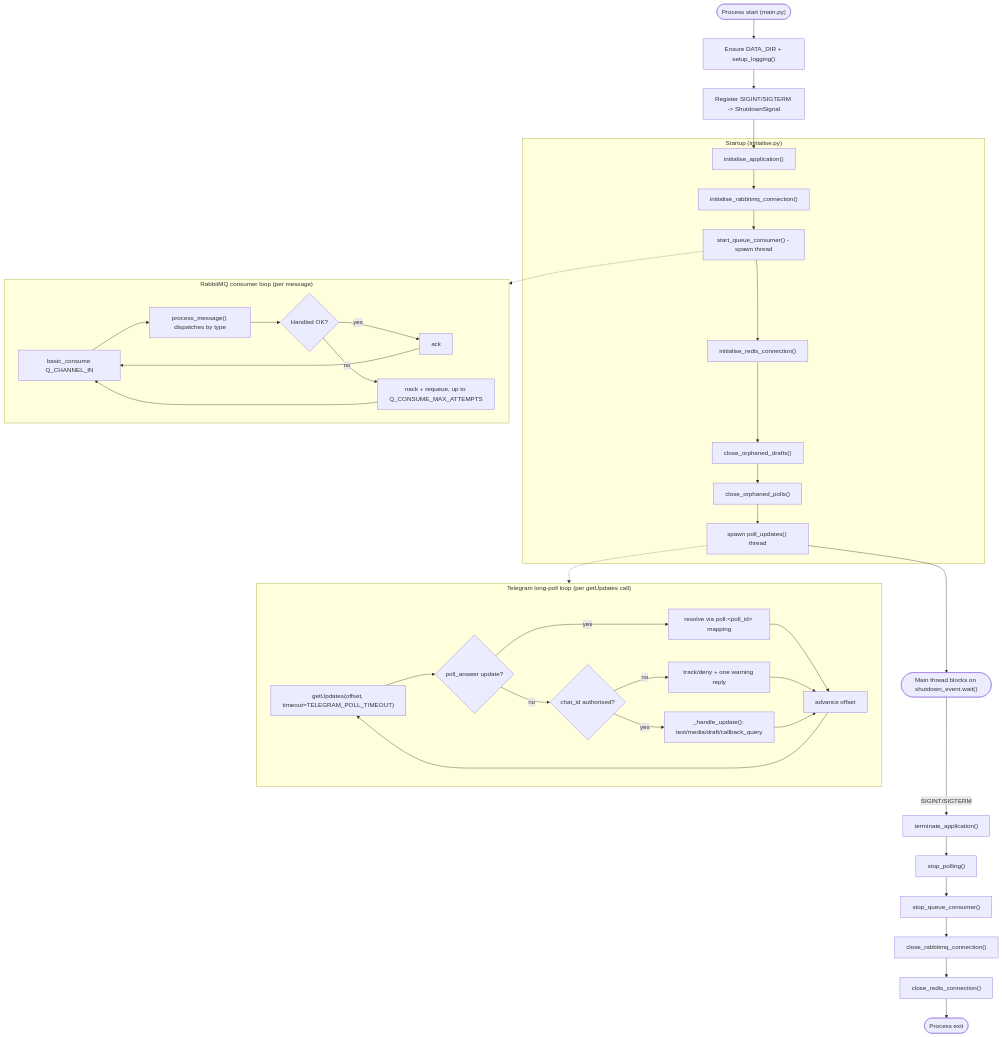
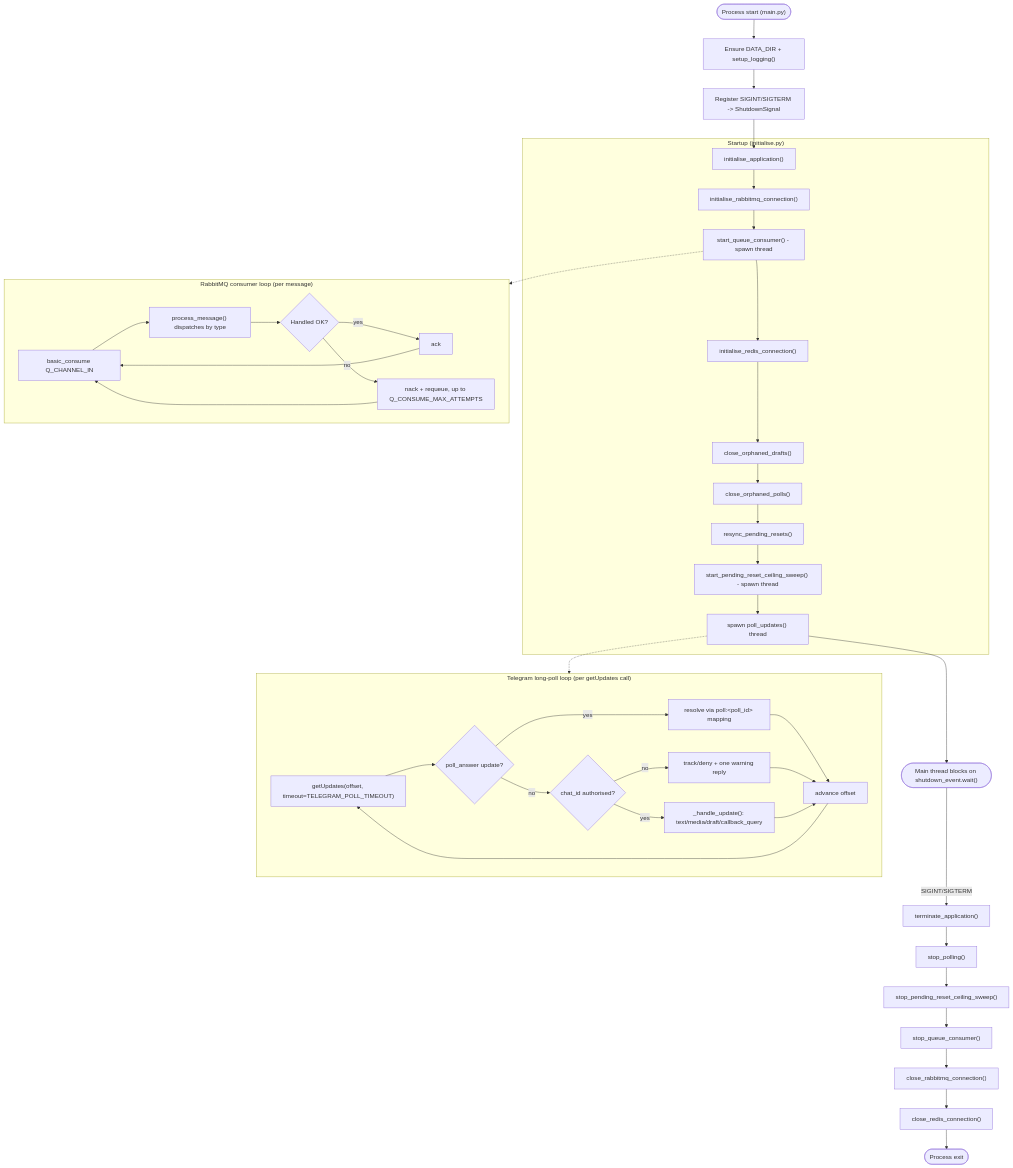
Before and after one commit to SorinoSSK/server-ai-chatbot-setup: the diagram in telegram_gateway/README.md, drawn with Mermaid. The commit also changed other lines of this file and 26 other files, not shown here.

````diff
--- a/telegram_gateway/README.md
+++ b/telegram_gateway/README.md
@@ -458,49 +515,52 @@
 ```mermaid
 flowchart TD
 
     Start(["Process start (main.py)"]) --> Setup["Ensure DATA_DIR + setup_logging()"]
     Setup --> Signals["Register SIGINT/SIGTERM -> ShutdownSignal"]
     Signals --> Init["initialise_application()"]
 
     subgraph INIT["Startup (initialise.py)"]
         Init --> RMQ["initialise_rabbitmq_connection()"]
         RMQ --> Consumer["start_queue_consumer() - spawn thread"]
         Consumer --> RedisInit["initialise_redis_connection()"]
         RedisInit --> Drafts["close_orphaned_drafts()"]
         Drafts --> Polls["close_orphaned_polls()"]
-        Polls --> LongPoll["spawn poll_updates() thread"]
+        Polls --> Resync["resync_pending_resets()"]
+        Resync --> Sweep["start_pending_reset_ceiling_sweep() - spawn thread"]
+        Sweep --> LongPoll["spawn poll_updates() thread"]
     end
 
     LongPoll --> Block(["Main thread blocks on shutdown_event.wait()"])
 
     Consumer -.-> QLoop
     LongPoll -.-> TLoop
 
     subgraph QLoop["RabbitMQ consumer loop (per message)"]
         Q1["basic_consume Q_CHANNEL_IN"] --> Q2["process_message() dispatches by type"]
         Q2 --> Q3{"Handled OK?"}
         Q3 -- yes --> Q4["ack"]
         Q3 -- no --> Q5["nack + requeue, up to Q_CONSUME_MAX_ATTEMPTS"]
         Q4 --> Q1
         Q5 --> Q1
     end
 
     subgraph TLoop["Telegram long-poll loop (per getUpdates call)"]
         T1["getUpdates(offset, timeout=TELEGRAM_POLL_TIMEOUT)"] --> T2{"poll_answer update?"}
         T2 -- yes --> T3["resolve via poll:&lt;poll_id&gt; mapping"]
         T2 -- no --> T4{"chat_id authorised?"}
         T4 -- no --> T5["track/deny + one warning reply"]
         T4 -- yes --> T6["_handle_update(): text/media/draft/callback_query"]
         T3 --> T7["advance offset"]
         T5 --> T7
         T6 --> T7
         T7 --> T1
     end
 
     Block -- "SIGINT/SIGTERM" --> Term["terminate_application()"]
     Term --> S1["stop_polling()"]
-    S1 --> S2["stop_queue_consumer()"]
+    S1 --> S1b["stop_pending_reset_ceiling_sweep()"]
+    S1b --> S2["stop_queue_consumer()"]
     S2 --> S3["close_rabbitmq_connection()"]
     S3 --> S4["close_redis_connection()"]
     S4 --> Exit(["Process exit"])
 ```
````
